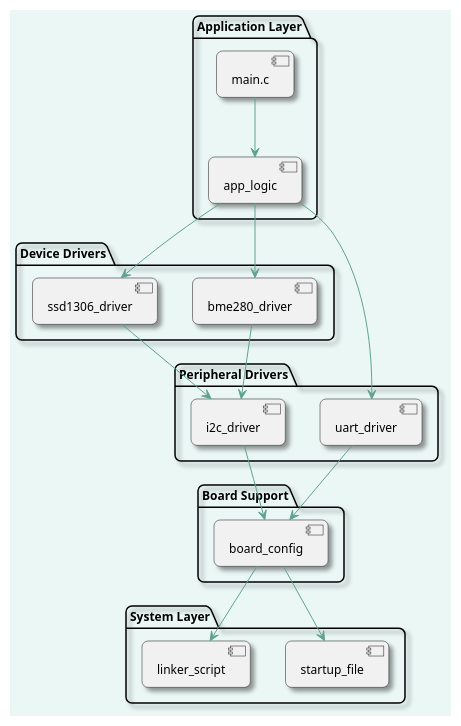
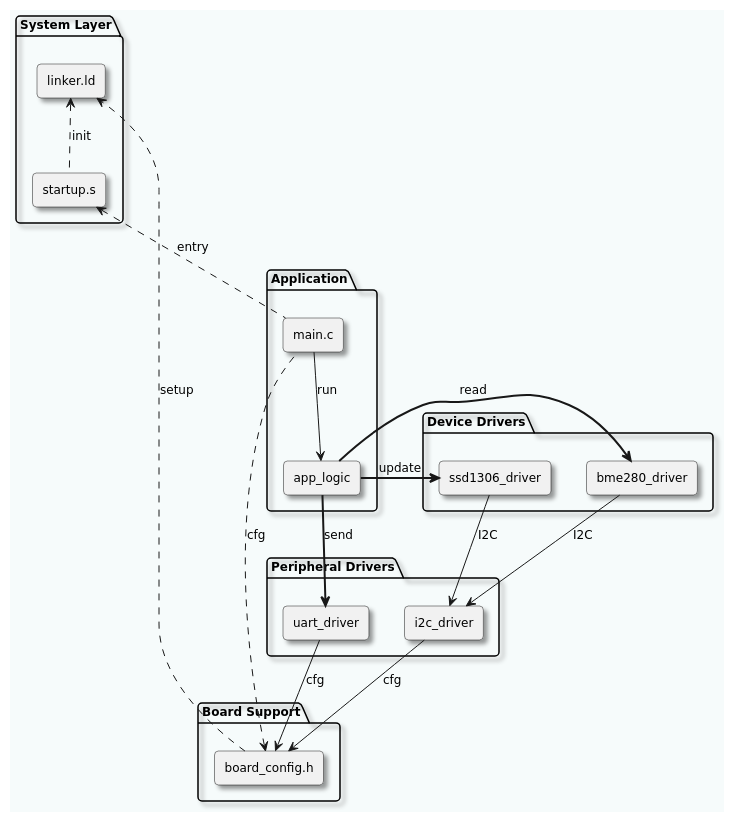
The diagram in Doc/Diagrams/fw_architecture_v.1.0.puml (cloclacordis/STM32F446RE-BME280-SSD1306), drawn with PlantUML before and after one commit. The commit also changed 3 other files, not shown here.

Commit message:
PlantUML Diagrams Update

```diff
--- a/Doc/Diagrams/fw_architecture_v.1.0.puml
+++ b/Doc/Diagrams/fw_architecture_v.1.0.puml
@@ -1,58 +1,69 @@
 @startuml
 
-skinparam BackgroundColor #F6FBFB
-skinparam Shadowing true
-skinparam RoundCorner 12
-skinparam DefaultFontName "Arial"
-skinparam DefaultFontSize 12
+skinparam backgroundColor #F6FBFB
+skinparam shadowing true
+skinparam roundcorner 8
+skinparam defaultFontName "DejaVu Sans"
+skinparam defaultFontSize 12
+skinparam componentStyle rectangle
 
-skinparam {
-  BackgroundColor #EAF7F5
-  BorderColor #A7D3C9
-  FontColor #104033
-  RoundCorner 12
+skinparam rectangle {
+  BackgroundColor<<System>> #E9F5F2
+  BorderColor<<System>> #7FBFA6
+
+  BackgroundColor<<BSP>> #FFF8E6
+  BorderColor<<BSP>> #E6C07D
+
+  BackgroundColor<<Peripheral>> #F2F7FF
+  BorderColor<<Peripheral>> #9AB4FF
+
+  BackgroundColor<<Driver>> #F5F5F5
+  BorderColor<<Driver>> #BDBDBD
+
+  BackgroundColor<<App>> #FFF5F5
+  BorderColor<<App>> #F2A0A0
 }
 
-skinparam ArrowColor #5FA38F
-skinparam NoteBackgroundColor #FFFFFF
-skinparam NoteBorderColor #CADFD9
+package "System Layer" {
+  [startup.s] as startup
+  [linker.ld] as linker
+}
 
-package "Application Layer" {
-  [main.c]
-  [app_logic]
+package "Board Support" {
+  [board_config.h] as board_cfg
+}
+
+package "Peripheral Drivers" {
+  [i2c_driver] as i2c_ll
+  [uart_driver] as uart_ll
 }
 
 package "Device Drivers" {
-  [bme280_driver]
-  [ssd1306_driver]
+  [bme280_driver] as bme280
+  [ssd1306_driver] as ssd1306
 }
 
-package "Peripheral Drivers" {
-  [i2c_driver]
-  [uart_driver]
+package "Application" {
+  [main.c] as mainc
+  [app_logic] as app_logic
 }
 
-package "Board Support" {
-  [board_config]
-}
+linker <.. startup : init
 
-package "System Layer" {
-  [startup_file]
-  [linker_script]
-}
+startup <.. mainc : entry
+mainc --> app_logic : run
 
-main.c --> app_logic
-app_logic --> bme280_driver
-app_logic --> ssd1306_driver
-app_logic --> uart_driver
+app_logic ==> bme280 : read
+app_logic ==> ssd1306 : update
+app_logic ==> uart_ll : send
 
-bme280_driver --> i2c_driver
-ssd1306_driver --> i2c_driver
+bme280 --> i2c_ll : I2C
+ssd1306 --> i2c_ll : I2C
 
-i2c_driver --> board_config
-uart_driver --> board_config
+i2c_ll --> board_cfg : cfg
+uart_ll --> board_cfg : cfg
 
-board_config --> startup_file
-board_config --> linker_script
+board_cfg ..> linker : setup
+board_cfg <.. mainc : cfg
 
 @enduml
```
